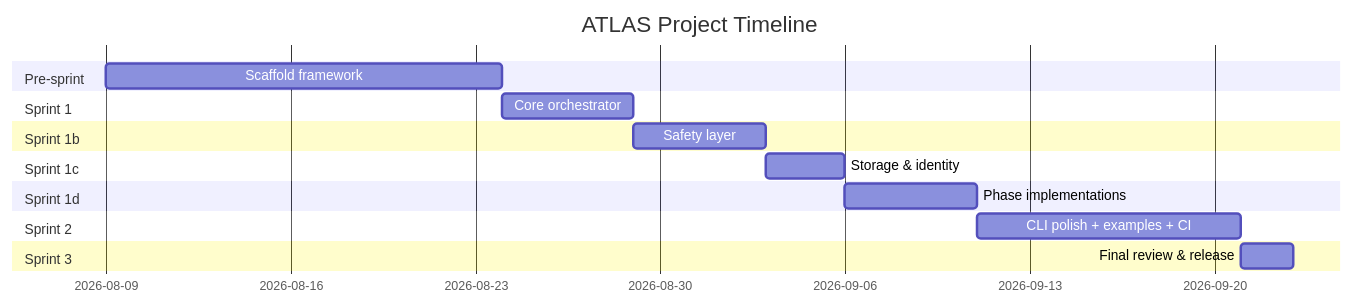
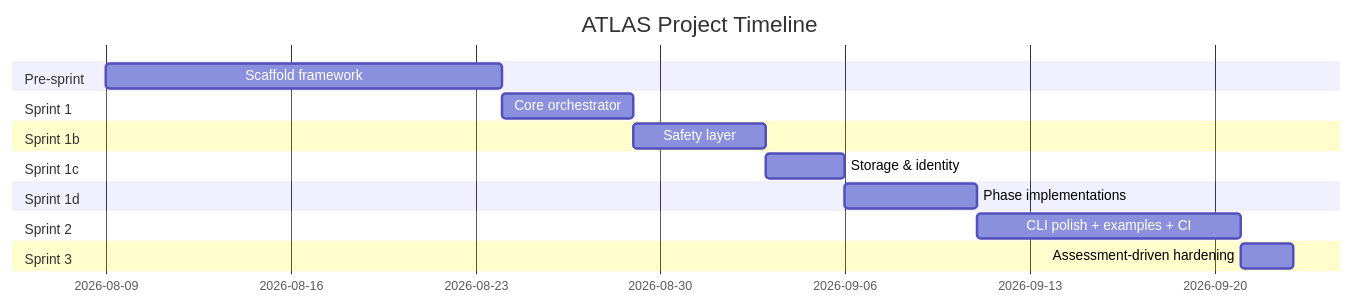
Before and after one commit to Runndownn/ATLAS: the fourth of 4 diagrams in README.md, drawn with Mermaid. The commit also changed other lines of this file and 21 other files, not shown here.

````diff
--- a/README.md
+++ b/README.md
@@ -309,19 +315,19 @@
 ```mermaid
 gantt
     dateFormat  YYYY-MM-DD
     title ATLAS Project Timeline
     section Pre-sprint
     Scaffold framework          :2026-08-09, 15d
     section Sprint 1
     Core orchestrator           :2026-08-24, 5d
     section Sprint 1b
     Safety layer                :2026-08-29, 5d
     section Sprint 1c
     Storage & identity          :2026-09-03, 3d
     section Sprint 1d
     Phase implementations       :2026-09-06, 5d
     section Sprint 2
     CLI polish + examples + CI  :2026-09-11, 10d
     section Sprint 3
-    Final review & release      :2026-09-21, 2d
+    Assessment-driven hardening   :2026-09-21, 2d
 ```
````
